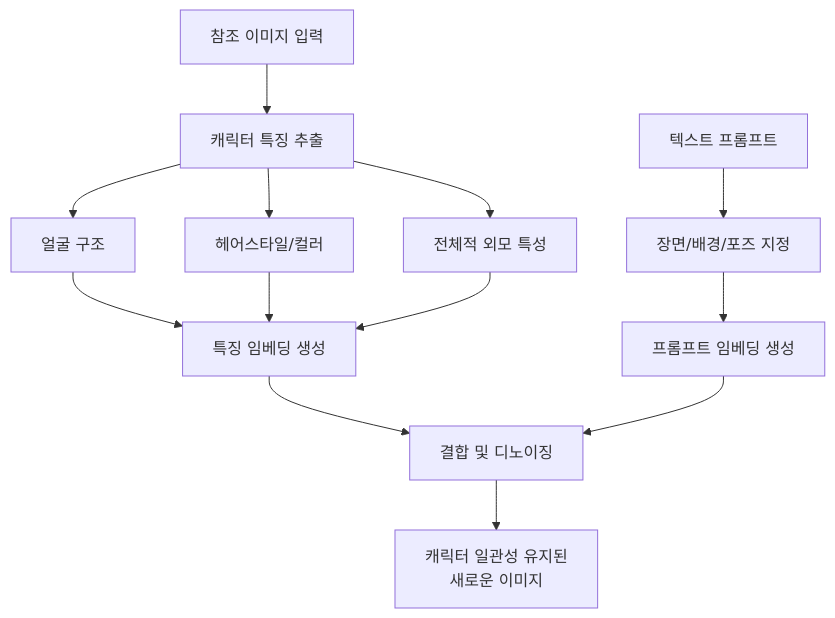
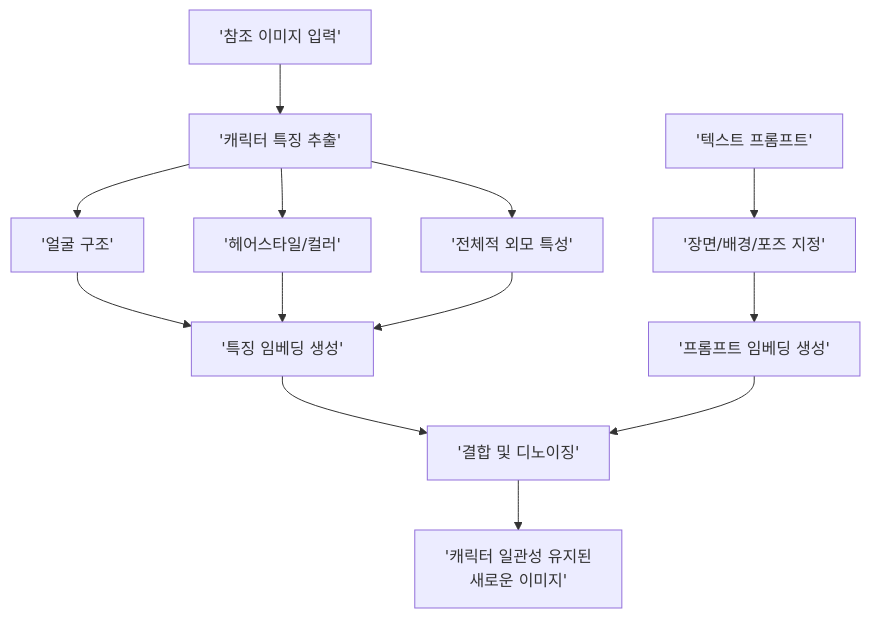
Before and after one commit to jsonpassion/forge-tutorial-promptcanvas: the first of 3 diagrams in 07-ch7-controlnet과-참조-이미지-활용/05-05-midjourney---cref-캐릭터-레퍼런스.md, drawn with Mermaid. The commit also changed other lines of this file and 63 other files, not shown here.

````diff
--- a/07-ch7-controlnet과-참조-이미지-활용/05-05-midjourney---cref-캐릭터-레퍼런스.md
+++ b/07-ch7-controlnet과-참조-이미지-활용/05-05-midjourney---cref-캐릭터-레퍼런스.md
@@ -59,18 +13,15 @@
 ```mermaid
 flowchart TD
-    A["참조 이미지 입력"] --> B["캐릭터 특징 추출"]
-    B --> C["얼굴 구조"]
-    B --> D["헤어스타일/컬러"]
-    B --> E["전체적 외모 특성"]
-    
-    F["텍스트 프롬프트"] --> G["장면/배경/포즈 지정"]
-    
-    C --> H["특징 임베딩 생성"]
+    A['참조 이미지 입력'] --> B['캐릭터 특징 추출']
+    B --> C['얼굴 구조']
+    B --> D['헤어스타일/컬러']
+    B --> E['전체적 외모 특성']
+    F['텍스트 프롬프트'] --> G['장면/배경/포즈 지정']
+    C --> H['특징 임베딩 생성']
     D --> H
     E --> H
-    G --> I["프롬프트 임베딩 생성"]
-    
-    H --> J["결합 및 디노이징"]
+    G --> I['프롬프트 임베딩 생성']
+    H --> J['결합 및 디노이징']
     I --> J
-    J --> K["캐릭터 일관성 유지된<br/>새로운 이미지"]
+    J --> K['캐릭터 일관성 유지된<br/>새로운 이미지']
 ```
````
